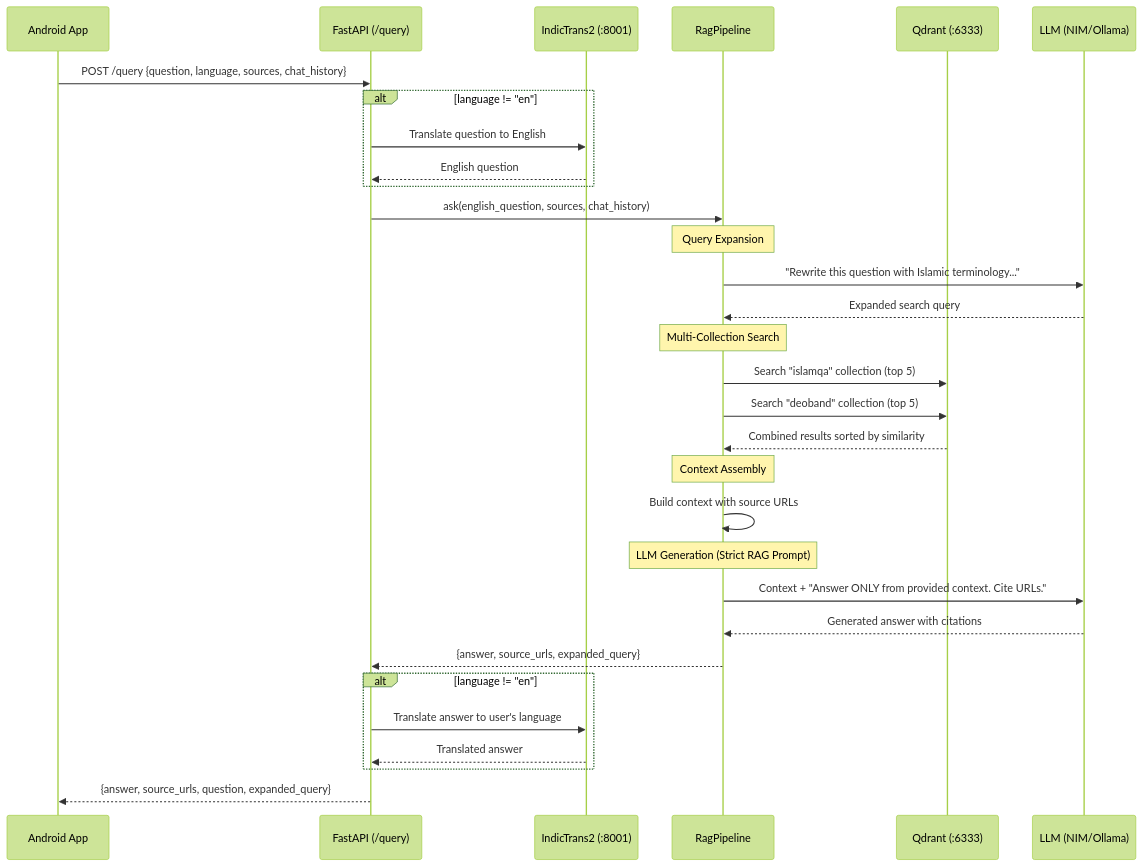
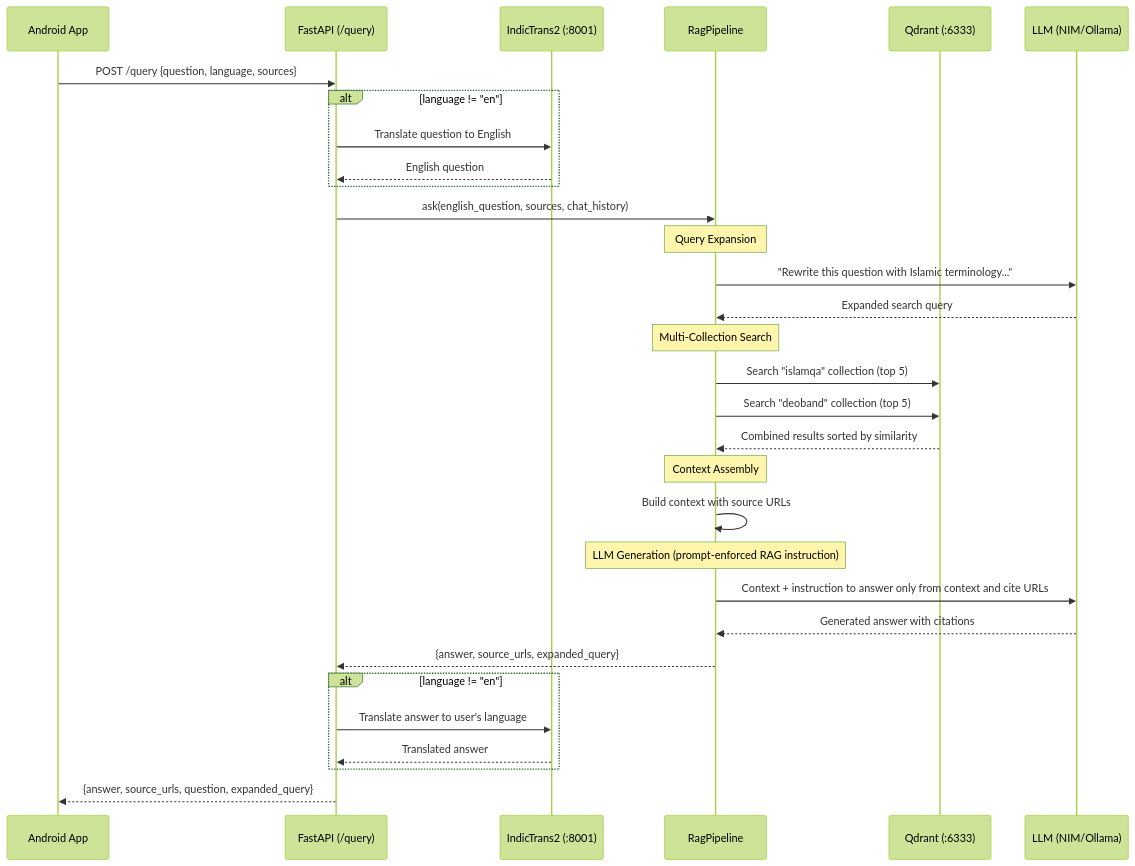
One commit to IslamicITHub/rushdul-ilm changed the fourth of 5 diagrams in docs/ARCHITECTURE.md. Above: the diagram before and after it, drawn with Mermaid (forest theme). The commit also changed other lines of this file and 22 other files, not shown here.

````diff
--- a/docs/ARCHITECTURE.md
+++ b/docs/ARCHITECTURE.md
@@ -255,43 +240,43 @@
 ```mermaid
 sequenceDiagram
     participant App as Android App
     participant API as FastAPI (/query)
     participant Trans as IndicTrans2 (:8001)
     participant RAG as RagPipeline
     participant QD as Qdrant (:6333)
     participant LLM as LLM (NIM/Ollama)
 
-    App->>API: POST /query {question, language, sources, chat_history}
+    App->>API: POST /query {question, language, sources}
 
     alt language != "en"
         API->>Trans: Translate question to English
         Trans-->>API: English question
     end
 
     API->>RAG: ask(english_question, sources, chat_history)
 
     Note over RAG: Query Expansion
     RAG->>LLM: "Rewrite this question with Islamic terminology..."
     LLM-->>RAG: Expanded search query
 
     Note over RAG: Multi-Collection Search
     RAG->>QD: Search "islamqa" collection (top 5)
     RAG->>QD: Search "deoband" collection (top 5)
     QD-->>RAG: Combined results sorted by similarity
 
     Note over RAG: Context Assembly
     RAG->>RAG: Build context with source URLs
 
-    Note over RAG: LLM Generation (Strict RAG Prompt)
-    RAG->>LLM: Context + "Answer ONLY from provided context. Cite URLs."
+    Note over RAG: LLM Generation (prompt-enforced RAG instruction)
+    RAG->>LLM: Context + instruction to answer only from context and cite URLs
     LLM-->>RAG: Generated answer with citations
 
     RAG-->>API: {answer, source_urls, expanded_query}
 
     alt language != "en"
         API->>Trans: Translate answer to user's language
         Trans-->>API: Translated answer
     end
 
     API-->>App: {answer, source_urls, question, expanded_query}
 ```
````
